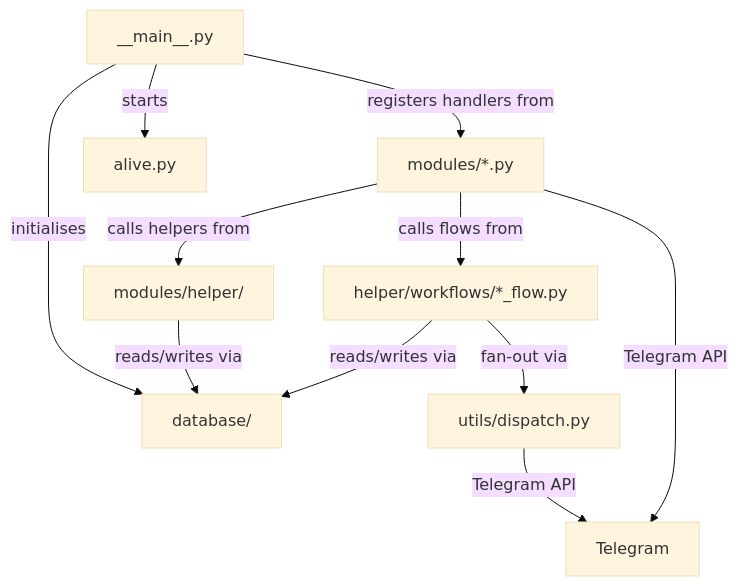
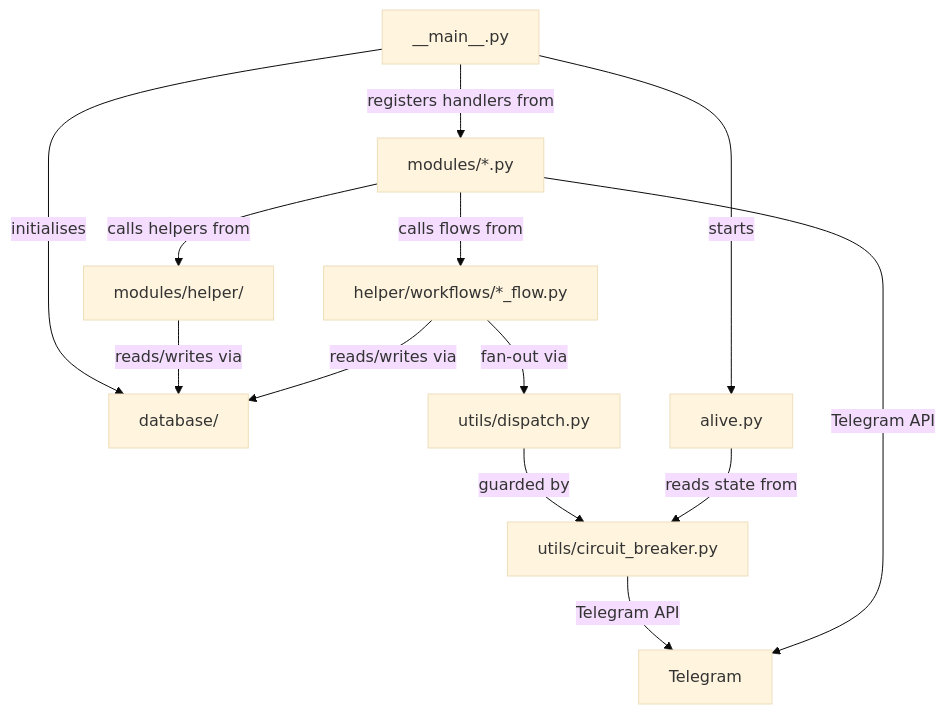
One commit to D1ZZY4/tcbot changed the first of 3 diagrams in docs/mapping.md. Above: the diagram before and after it, drawn with Mermaid (base theme). The commit also changed other lines of this file and 12 other files, not shown here.

First line of the commit message:
Add circuit breaker to protect against service timeouts

````diff
--- a/docs/mapping.md
+++ b/docs/mapping.md
@@ -81,13 +82,15 @@
 ```mermaid
 graph TD
     Main[__main__.py] -->|registers handlers from| Mods[modules/*.py]
     Main -->|initialises| DB[database/]
     Main -->|starts| Alive[alive.py]
     Mods -->|calls helpers from| Helper[modules/helper/]
     Mods -->|calls flows from| Flows[helper/workflows/*_flow.py]
     Helper -->|reads/writes via| DB
     Flows -->|reads/writes via| DB
     Flows -->|fan-out via| Utils[utils/dispatch.py]
-    Utils -->|Telegram API| TG[Telegram]
+    Utils -->|guarded by| CB[utils/circuit_breaker.py]
+    CB -->|Telegram API| TG[Telegram]
     Mods -->|Telegram API| TG
+    Alive[alive.py] -->|reads state from| CB
 ```
````
